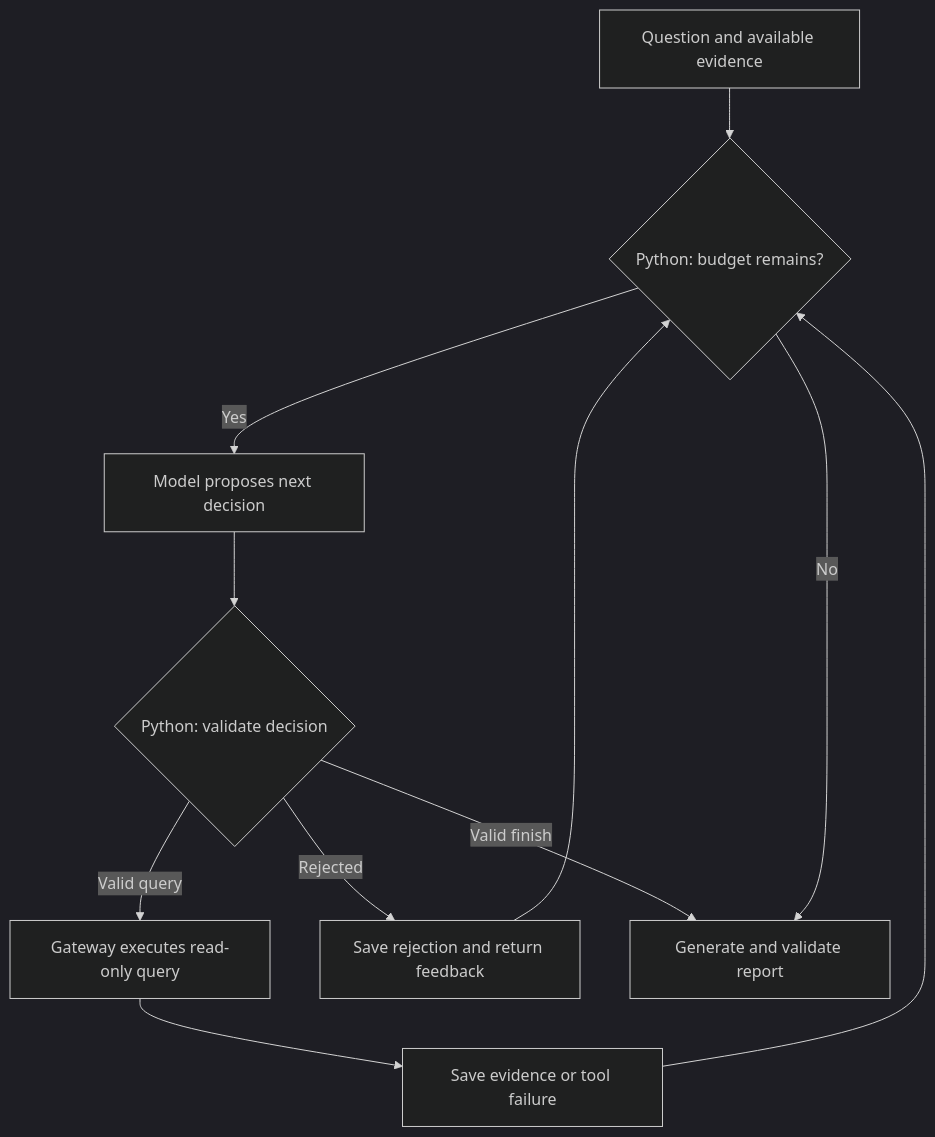
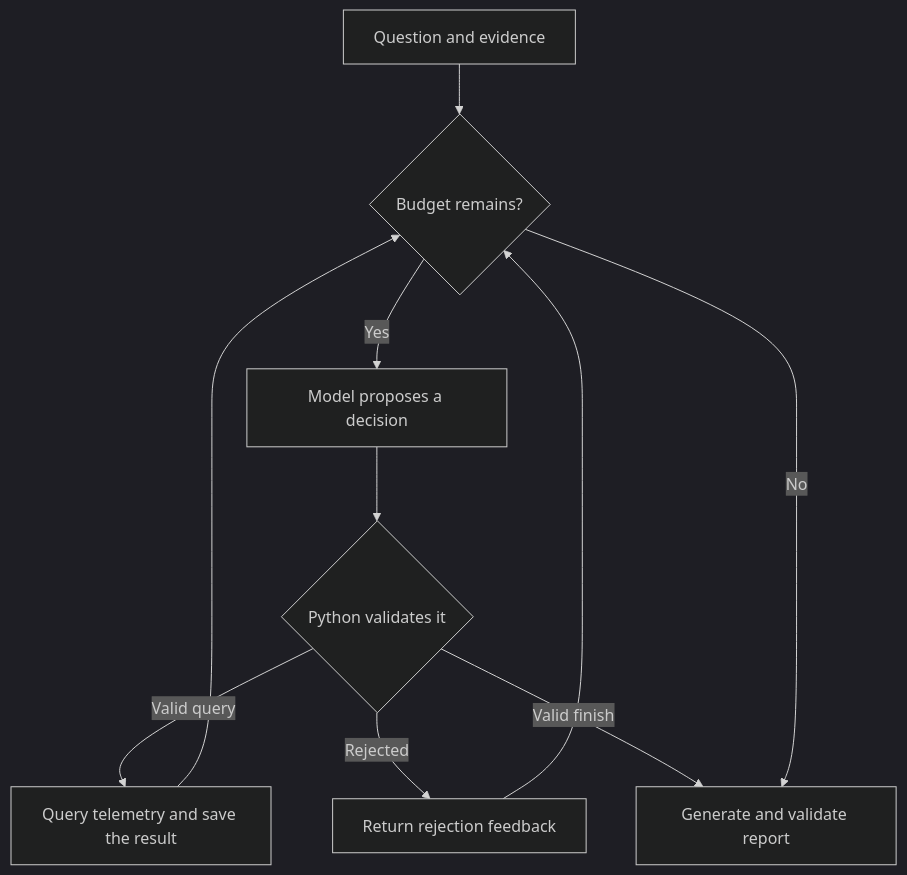
Before and after one commit to lalitb/incident-agent: the diagram in README.md, drawn with Mermaid (dark theme). The commit also changed other lines of this file and 2 other files, not shown here.

````diff
--- a/README.md
+++ b/README.md
@@ -157,13 +49,12 @@
 ```mermaid
 flowchart TD
-    Start[Question and available evidence] --> Budget{Python: budget remains?}
-    Budget -->|Yes| Model[Model proposes next decision]
-    Model --> Check{Python: validate decision}
-    Check -->|Valid query| Tool[Gateway executes read-only query]
-    Tool --> Save[Save evidence or tool failure]
-    Save --> Budget
-    Check -->|Rejected| Feedback[Save rejection and return feedback]
+    Start[Question and evidence] --> Budget{Budget remains?}
+    Budget -->|Yes| Model[Model proposes a decision]
+    Model --> Check{Python validates it}
+    Check -->|Valid query| Tool[Query telemetry and save the result]
+    Tool --> Budget
+    Check -->|Rejected| Feedback[Return rejection feedback]
     Feedback --> Budget
     Check -->|Valid finish| Report[Generate and validate report]
     Budget -->|No| Report
 ```
````
